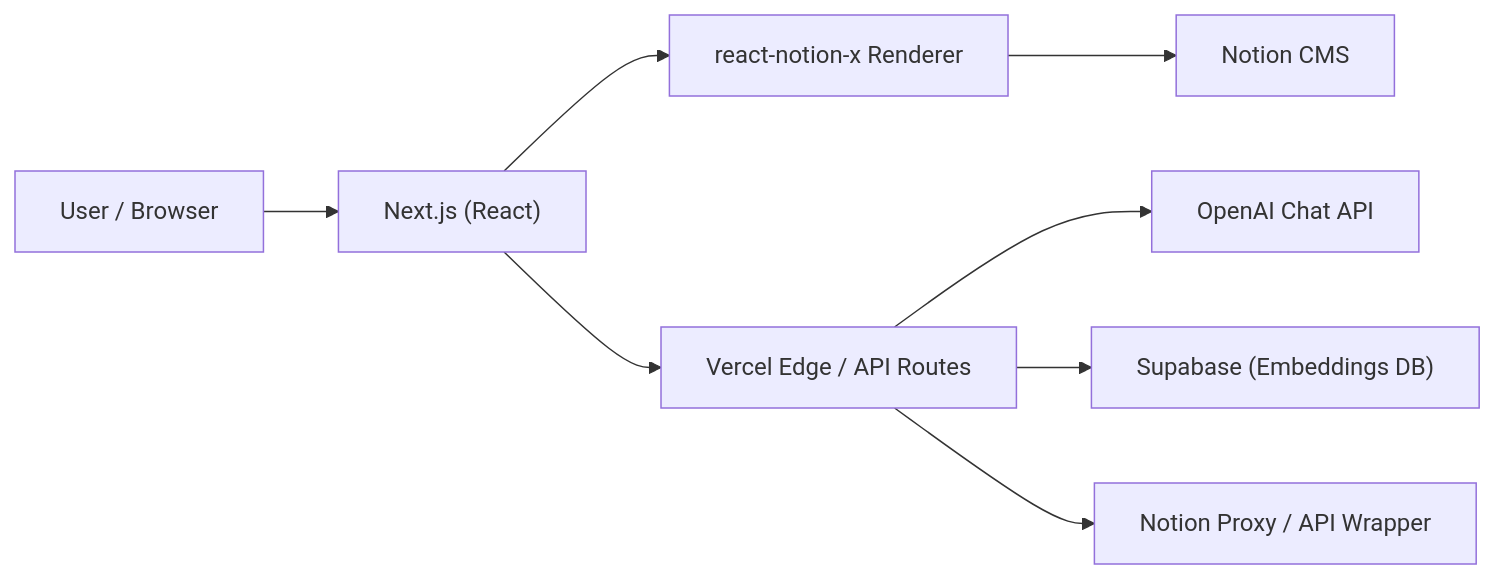
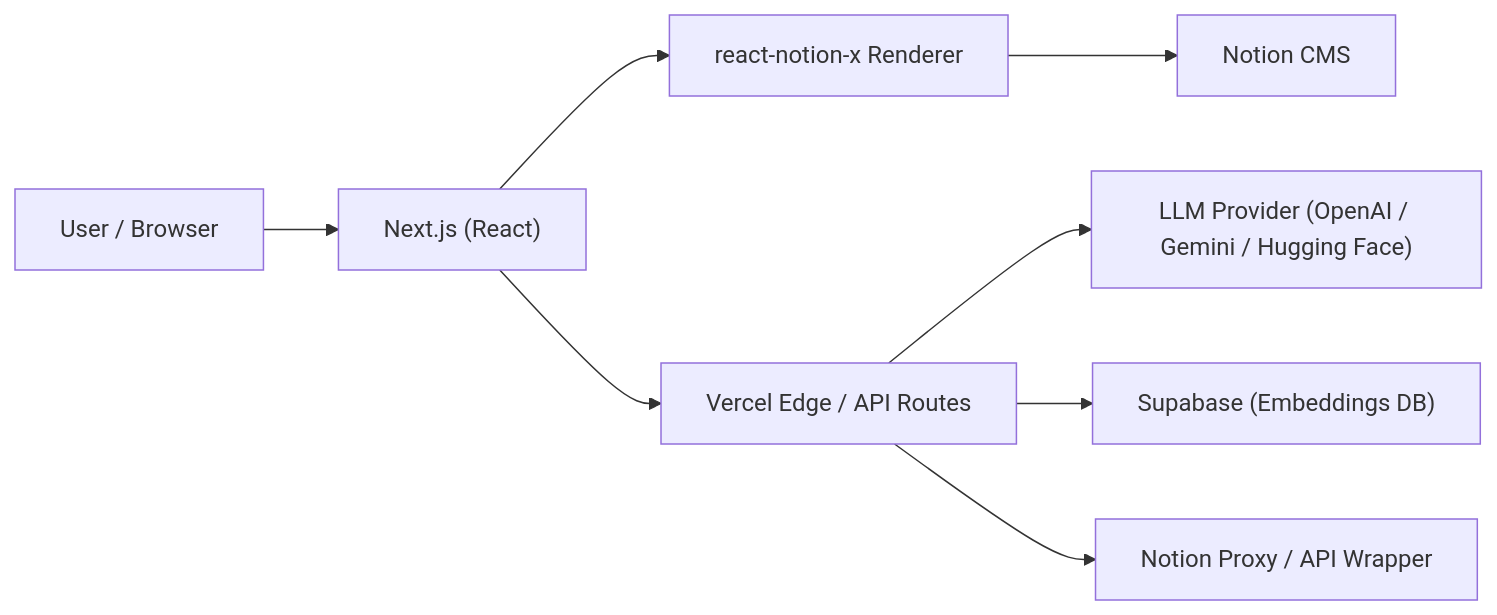
One commit to jack-h-park/nextjs-notion-starter-kit changed the first of 2 diagrams in readme.md. Above: the diagram before and after it, drawn with Mermaid. The commit also changed other lines of this file and 21 other files, not shown here.

````diff
--- a/readme.md
+++ b/readme.md
@@ -87,10 +92,10 @@
 ```mermaid
 flowchart LR
   A["User / Browser"] --> B["Next.js (React)"];
   B --> C["react-notion-x Renderer"];
   C --> D["Notion CMS"];
   B --> E["Vercel Edge / API Routes"];
-  E --> F["OpenAI Chat API"];
+  E --> F["LLM Provider (OpenAI / Gemini / Hugging Face)"];
   E --> G["Supabase (Embeddings DB)"];
   E --> H["Notion Proxy / API Wrapper"];
 ```
````
